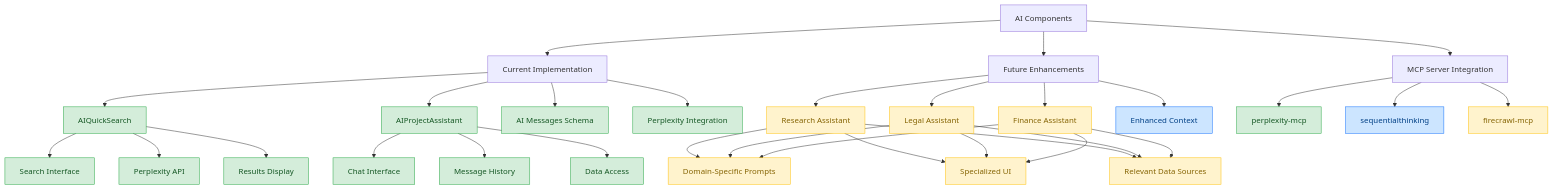
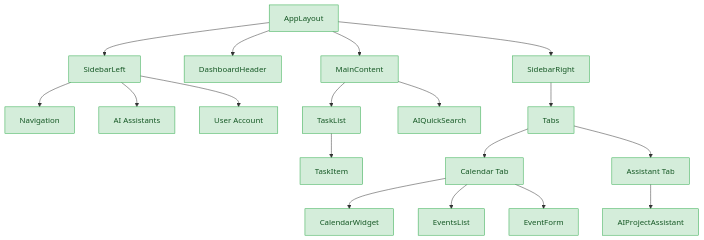
The third of 3 diagrams in in progress/architecture-diagrams.md (raybrown04/collabflow), drawn with Mermaid before and after one commit. The commit also changed other lines of this file and 58 other files, not shown here.

````diff
--- a/in progress/architecture-diagrams.md
+++ b/in progress/architecture-diagrams.md
@@ -114,55 +73,33 @@
 ```mermaid
-graph TD
-    %% AI Components Implementation
-    A[AI Components] --> B[Current Implementation]
-    A --> C[Future Enhancements]
+flowchart TD
+    %% Main Components
+    A[AppLayout] --> B[SidebarLeft]
+    A --> C[DashboardHeader]
+    A --> D[MainContent]
+    A --> E[SidebarRight]
     
-    %% Current Implementation
-    B --> B1[AIQuickSearch]
-    B --> B2[AIProjectAssistant]
-    B --> B3[AI Messages Schema]
-    B --> B4[Perplexity Integration]
+    %% Left Sidebar Components
+    B --> B1[Navigation]
+    B --> B2[AI Assistants]
+    B --> B3[User Account]
     
-    %% Future Enhancements
-    C --> C1[Research Assistant]
-    C --> C2[Legal Assistant]
-    C --> C3[Finance Assistant]
-    C --> C4[Enhanced Context]
+    %% Main Content Components
+    D --> D1[TaskList]
+    D --> D2[AIQuickSearch]
+    D1 --> D1a[TaskItem]
     
-    %% AIQuickSearch Details
-    B1 --> D1[Search Interface]
-    B1 --> D2[Perplexity API]
-    B1 --> D3[Results Display]
-    
-    %% AIProjectAssistant Details
-    B2 --> E1[Chat Interface]
-    B2 --> E2[Message History]
-    B2 --> E3[Data Access]
-    
-    %% Specialized Assistants Common Features
-    C1 --> F1[Domain-Specific Prompts]
-    C2 --> F1
-    C3 --> F1
-    C1 --> F2[Specialized UI]
-    C2 --> F2
-    C3 --> F2
-    C1 --> F3[Relevant Data Sources]
-    C2 --> F3
-    C3 --> F3
-    
-    %% MCP Server Integration
-    A --> G[MCP Server Integration]
-    G --> G1[perplexity-mcp]
-    G --> G2[sequentialthinking]
-    G --> G3[firecrawl-mcp]
+    %% Right Sidebar Components
+    E --> E1[Tabs]
+    E1 --> E1a[Calendar Tab]
+    E1 --> E1b[Assistant Tab]
+    E1a --> E1a1[CalendarWidget]
+    E1a --> E1a2[EventsList]
+    E1a --> E1a3[EventForm]
+    E1b --> E1b1[AIProjectAssistant]
     
     %% Style Definitions
     classDef completed fill:#d4edda,stroke:#28a745,color:#155724
-    classDef inprogress fill:#cce5ff,stroke:#0d6efd,color:#004085
-    classDef future fill:#fff3cd,stroke:#ffc107,color:#856404
     
     %% Apply Styles
-    class B1,B2,B3,B4,D1,D2,D3,E1,E2,E3,G1 completed
-    class C4,G2 inprogress
-    class C1,C2,C3,F1,F2,F3,G3 future
+    class A,B,C,D,E,B1,B2,B3,D1,D2,D1a,E1,E1a,E1b,E1a1,E1a2,E1a3,E1b1 completed
 ```
````
